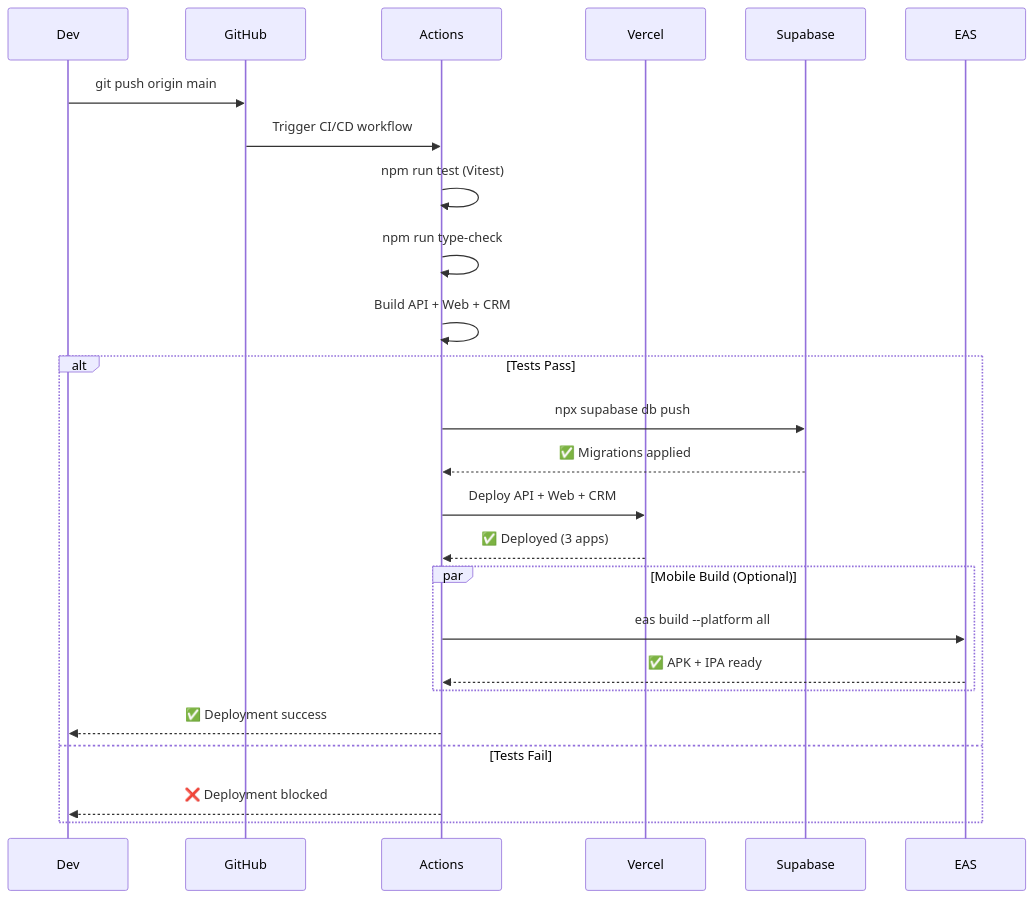
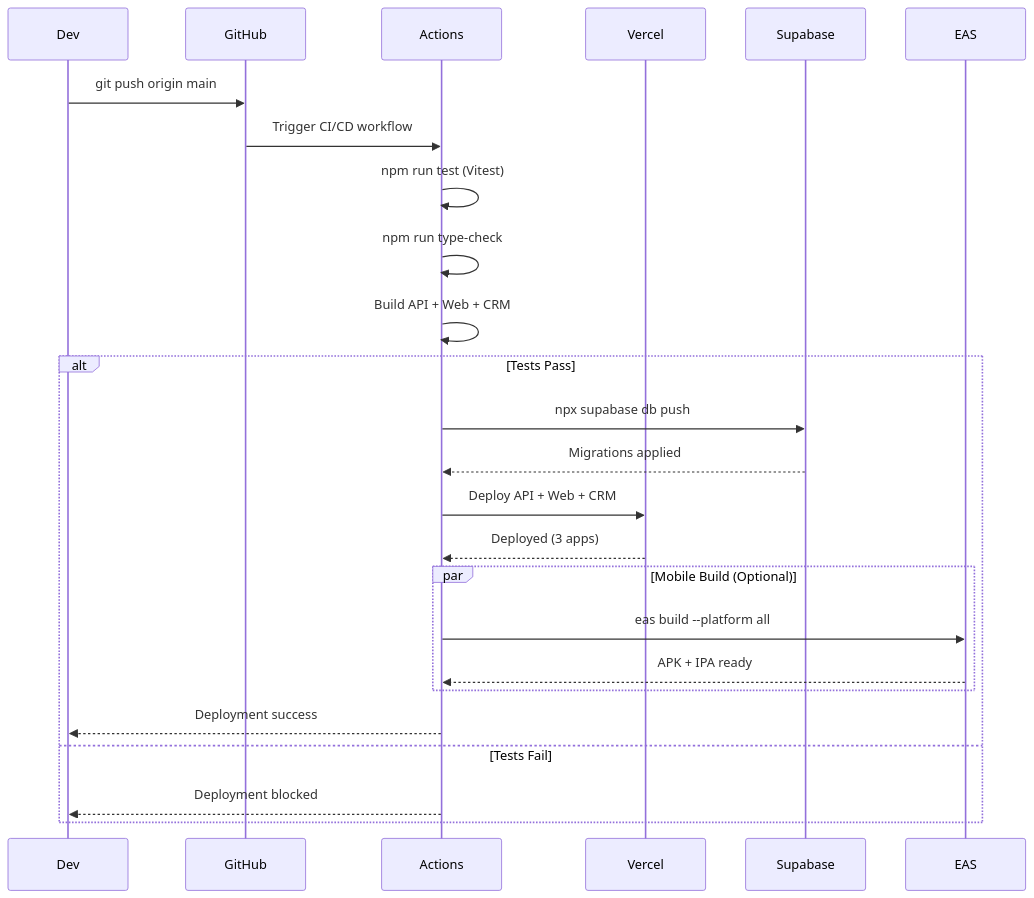
One commit to shiftexpress01/public changed the ninth of 14 diagrams in OVERVIEW.md. Above: the diagram before and after it, drawn with Mermaid. The commit also changed other lines of this file, not shown here.

````diff
--- a/OVERVIEW.md
+++ b/OVERVIEW.md
@@ -519,33 +519,33 @@
 ```mermaid
 sequenceDiagram
     participant Dev
     participant GitHub
     participant Actions
     participant Vercel
     participant Supabase
     participant EAS
 
     Dev->>GitHub: git push origin main
     GitHub->>Actions: Trigger CI/CD workflow
 
     Actions->>Actions: npm run test (Vitest)
     Actions->>Actions: npm run type-check
     Actions->>Actions: Build API + Web + CRM
 
     alt Tests Pass
         Actions->>Supabase: npx supabase db push
-        Supabase-->>Actions: ✅ Migrations applied
+        Supabase-->>Actions: Migrations applied
 
         Actions->>Vercel: Deploy API + Web + CRM
-        Vercel-->>Actions: ✅ Deployed (3 apps)
+        Vercel-->>Actions: Deployed (3 apps)
 
         par Mobile Build (Optional)
             Actions->>EAS: eas build --platform all
-            EAS-->>Actions: ✅ APK + IPA ready
+            EAS-->>Actions: APK + IPA ready
         end
 
-        Actions-->>Dev: ✅ Deployment success
+        Actions-->>Dev: Deployment success
     else Tests Fail
-        Actions-->>Dev: ❌ Deployment blocked
+        Actions-->>Dev: Deployment blocked
     end
 ```
````
